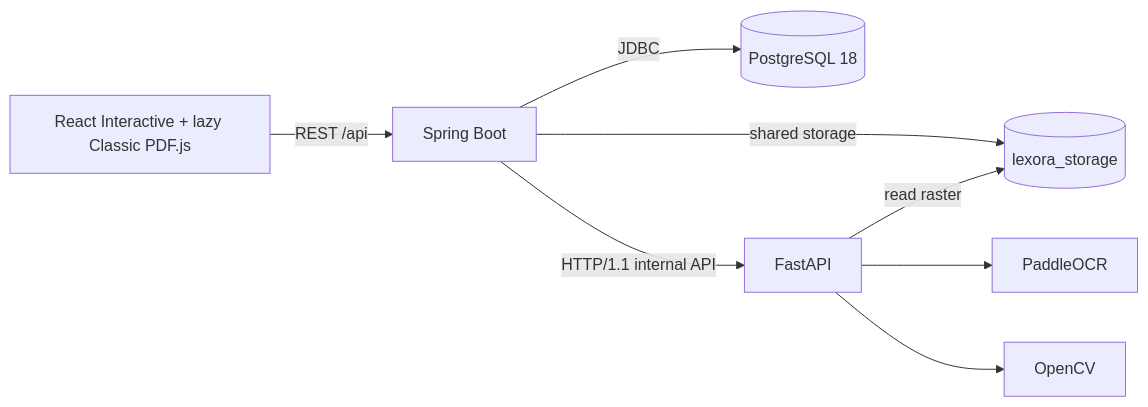
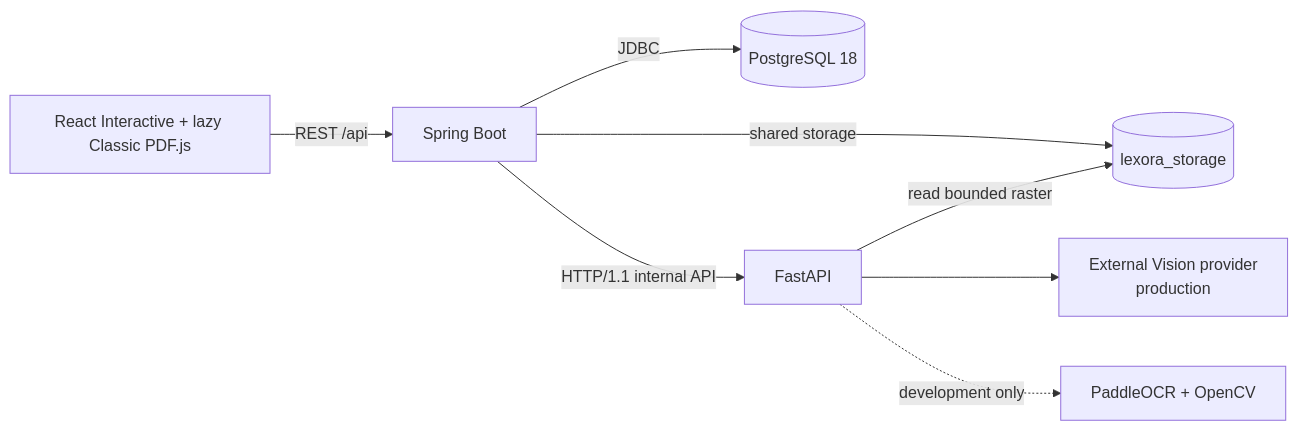
One commit to darroyo083/Lexora changed the diagram in docs/architecture.md. Above: the diagram before and after it, drawn with Mermaid. The commit also changed other lines of this file and 4 other files, not shown here.

````diff
--- a/docs/architecture.md
+++ b/docs/architecture.md
@@ -7,10 +7,10 @@
 ```mermaid
 flowchart LR
     Browser[React Interactive + lazy Classic PDF.js] -->|REST /api| Backend[Spring Boot]
     Backend -->|JDBC| Postgres[(PostgreSQL 18)]
     Backend -->|shared storage| Storage[(lexora_storage)]
     Backend -->|HTTP/1.1 internal API| AI[FastAPI]
-    AI -->|read raster| Storage
-    AI --> Paddle[PaddleOCR]
-    AI --> OpenCV[OpenCV]
+    AI -->|read bounded raster| Storage
+    AI --> Vision[External Vision provider<br/>production]
+    AI -. development only .-> Local[PaddleOCR + OpenCV]
 ```
````
